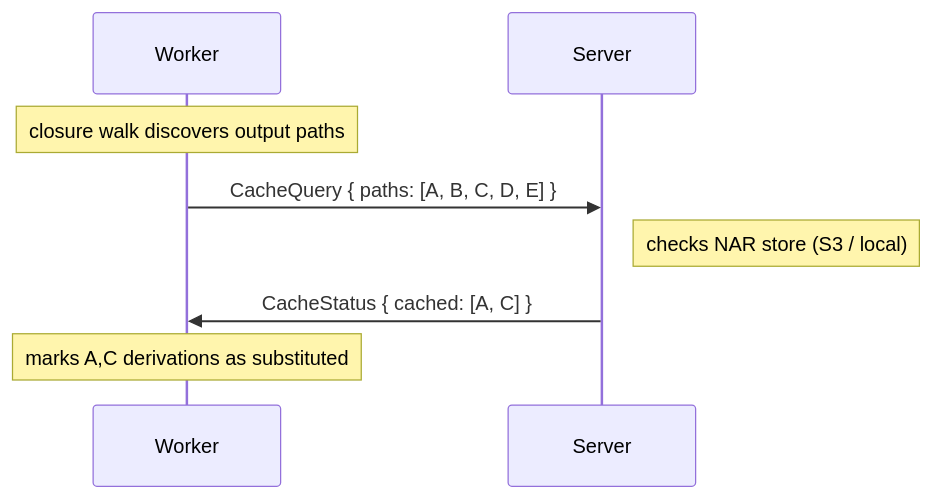
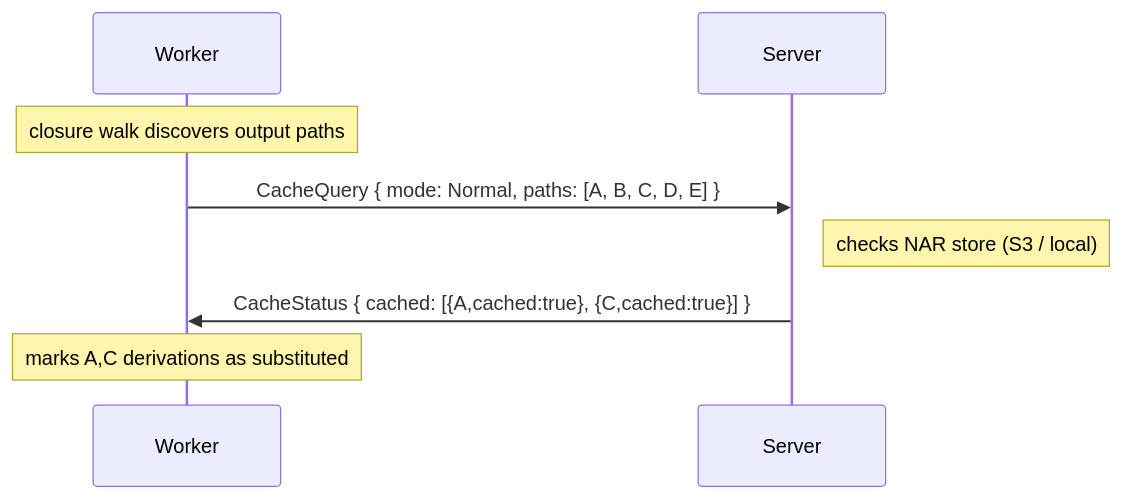
Diagram 11 of 23 in docs/src/development/proto.md (wavelens/gradient), drawn with Mermaid before and after one commit. The commit also changed other lines of this file and 28 other files, not shown here.

Commit message:
backend: add CachedQuery Mode

````diff
--- a/docs/src/development/proto.md
+++ b/docs/src/development/proto.md
@@ -440,11 +500,11 @@
 ```mermaid
 sequenceDiagram
     participant W as Worker
     participant S as Server
 
     Note over W: closure walk discovers output paths
-    W->>S: CacheQuery { paths: [A, B, C, D, E] }
+    W->>S: CacheQuery { mode: Normal, paths: [A, B, C, D, E] }
     Note right of S: checks NAR store (S3 / local)
-    S->>W: CacheStatus { cached: [A, C] }
+    S->>W: CacheStatus { cached: [{A,cached:true}, {C,cached:true}] }
     Note over W: marks A,C derivations as substituted
 ```
````
